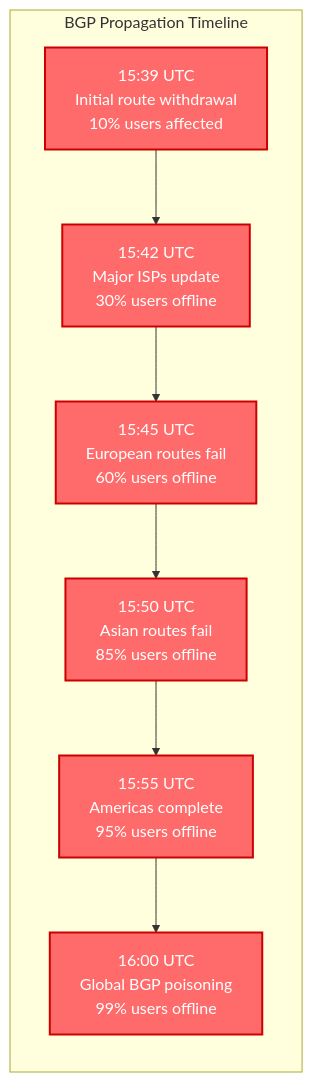
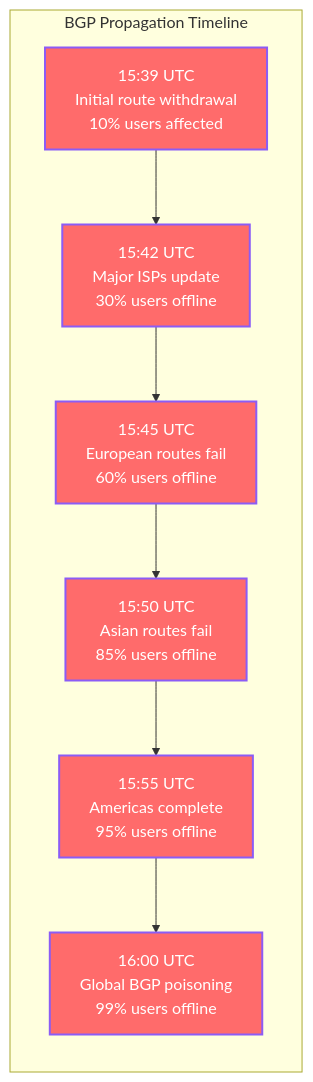
One commit to deepaucksharma/DS changed the fourth of 12 diagrams in site/docs/incidents/whatsapp-october-2022.md. Above: the diagram before and after it, drawn with Mermaid. The commit also changed other lines of this file and 303 other files, not shown here.

````diff
--- a/site/docs/incidents/whatsapp-october-2022.md
+++ b/site/docs/incidents/whatsapp-october-2022.md
@@ -155,16 +155,16 @@
 ```mermaid
 graph LR
     subgraph "BGP Propagation Timeline"
         A[15:39 UTC<br/>Initial route withdrawal<br/>10% users affected]
         B[15:42 UTC<br/>Major ISPs update<br/>30% users offline]
         C[15:45 UTC<br/>European routes fail<br/>60% users offline]
         D[15:50 UTC<br/>Asian routes fail<br/>85% users offline]
         E[15:55 UTC<br/>Americas complete<br/>95% users offline]
         F[16:00 UTC<br/>Global BGP poisoning<br/>99% users offline]
     end
 
     A --> B --> C --> D --> E --> F
 
-    classDef propagationStyle fill:#FF6B6B,stroke:#CC0000,color:#fff,stroke-width:2px
+    classDef propagationStyle fill:#FF6B6B,stroke:#8B5CF6,color:#fff,stroke-width:2px
     class A,B,C,D,E,F propagationStyle
 ```
````
